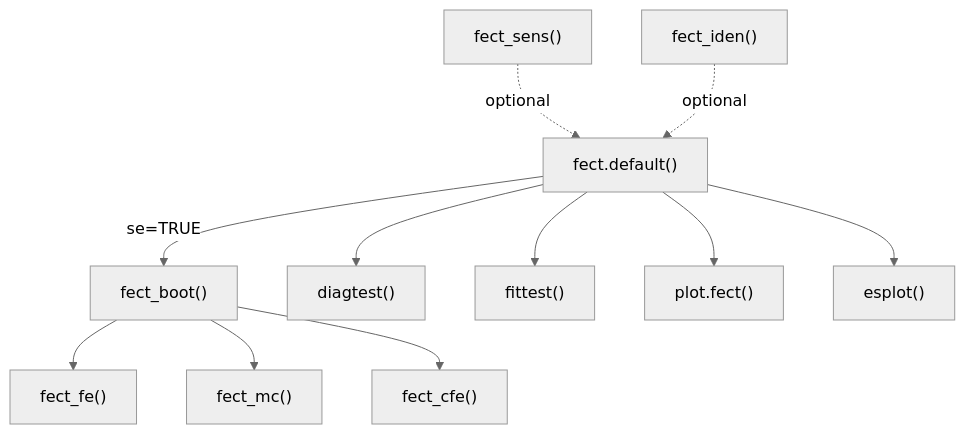
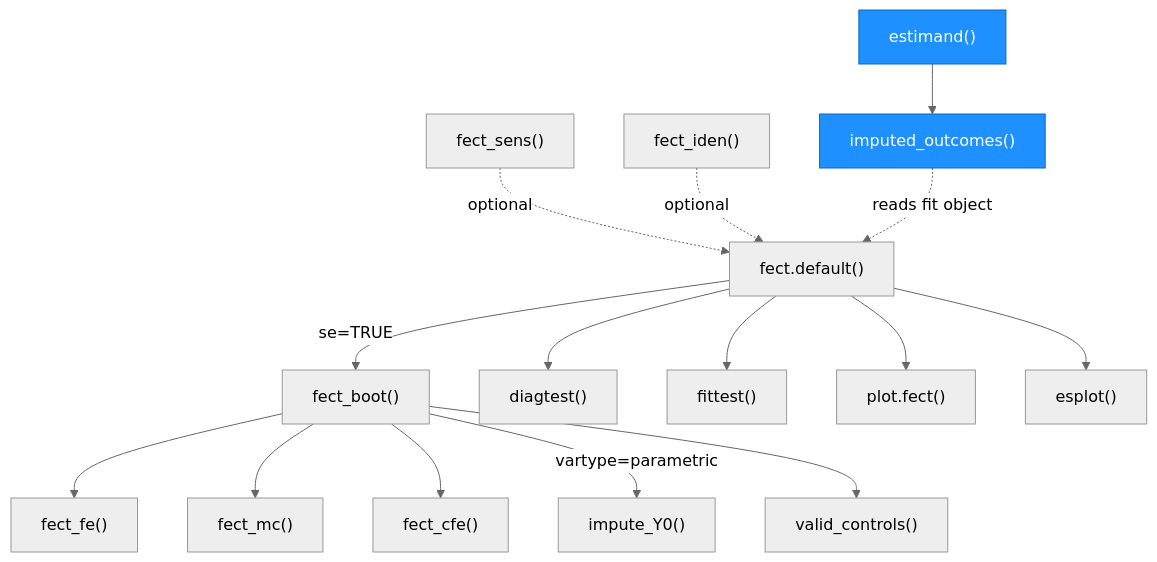
One commit to xuyiqing/fect changed the third of 4 diagrams in ARCHITECTURE.md. Above: the diagram before and after it, drawn with Mermaid. The commit also changed other lines of this file and 6 other files, not shown here.

First line of the commit message:
release v2.4.1 prep: docs (NEWS, bb-updates, README, ch1, ARCHITECTURE) + CI restructure

````diff
--- a/ARCHITECTURE.md
+++ b/ARCHITECTURE.md
@@ -191,26 +224,37 @@
 ```mermaid
 %%{init: {'theme': 'neutral'}}%%
 graph TD
     F3["fect.default()"]
     B1["fect_boot()"]
+    B2["impute_Y0()"]
+    B3["valid_controls()"]
     D1["diagtest()"]
     D2["fittest()"]
     D3["fect_sens()"]
     D4["fect_iden()"]
     F5["fect_fe()"]
     F6["fect_mc()"]
     F7["fect_cfe()"]
     PL["plot.fect()"]
     ES["esplot()"]
+    PE1["estimand()"]
+    PE2["imputed_outcomes()"]
+
+    style PE1 fill:#1e90ff,stroke:#1565c0,color:#fff
+    style PE2 fill:#1e90ff,stroke:#1565c0,color:#fff
 
     F3 -->|"se=TRUE"| B1
     F3 --> D1
     F3 --> D2
     B1 --> F5
     B1 --> F6
     B1 --> F7
+    B1 -->|"vartype=parametric"| B2
+    B1 --> B3
     F3 --> PL
     F3 --> ES
     D3 -.->|"optional"| F3
     D4 -.->|"optional"| F3
+    PE1 --> PE2
+    PE2 -.->|"reads fit object"| F3
 ```
````
